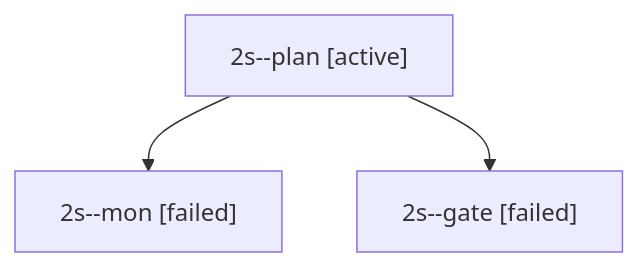
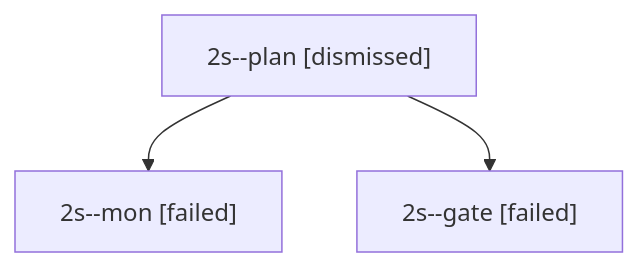
The diagram in sessions/bbugyi200.apollo.2s.md (bobs-org/bob-cli--agents), drawn with Mermaid before and after one commit. The commit also changed other lines of this file and 25 other files, not shown here.

````diff
--- a/sessions/bbugyi200.apollo.2s.md
+++ b/sessions/bbugyi200.apollo.2s.md
@@ -9,8 +9,8 @@
 ```mermaid
 flowchart TD
-  n0["2s--plan [active]"]
+  n0["2s--plan [dismissed]"]
   n1["2s--mon [failed]"]
   n0 --> n1
   n2["2s--gate [failed]"]
   n0 --> n2
 ```
````
